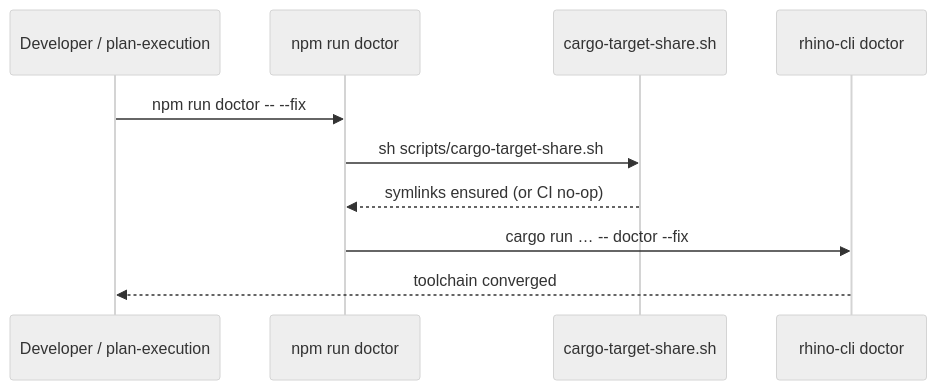
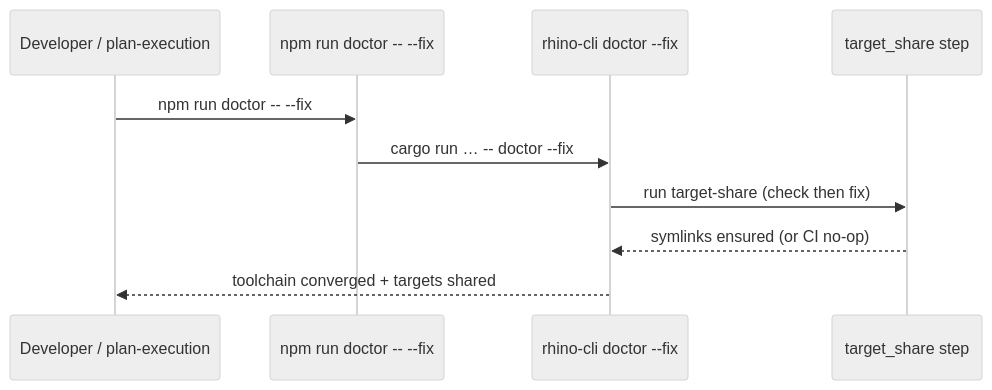
The fifth of 5 diagrams in plans/backlog/2026-07-18__rust-cargo-target-dir-sharing/tech-docs.md (wahidyankf/baseerah), drawn with Mermaid (neutral theme) before and after one commit. The commit also changed other lines of this file and 5 other files, not shown here.

First line of the commit message:
docs(plans): pivot rust-cargo-target-dir-sharing to rhino-cli doctor + worktree-aware GC

````diff
--- a/plans/backlog/2026-07-18__rust-cargo-target-dir-sharing/tech-docs.md
+++ b/plans/backlog/2026-07-18__rust-cargo-target-dir-sharing/tech-docs.md
@@ -56,12 +101,12 @@
 ```mermaid
 sequenceDiagram
   participant Dev as Developer / plan-execution
-  participant NPM as npm run doctor
-  participant SH as cargo-target-share.sh
-  participant RH as rhino-cli doctor
+  participant NPM as npm run doctor -- --fix
+  participant RH as rhino-cli doctor --fix
+  participant TS as target_share step
   Dev->>NPM: npm run doctor -- --fix
-  NPM->>SH: sh scripts/cargo-target-share.sh
-  SH-->>NPM: symlinks ensured (or CI no-op)
   NPM->>RH: cargo run … -- doctor --fix
-  RH-->>Dev: toolchain converged
+  RH->>TS: run target-share (check then fix)
+  TS-->>RH: symlinks ensured (or CI no-op)
+  RH-->>Dev: toolchain converged + targets shared
 ```
````
